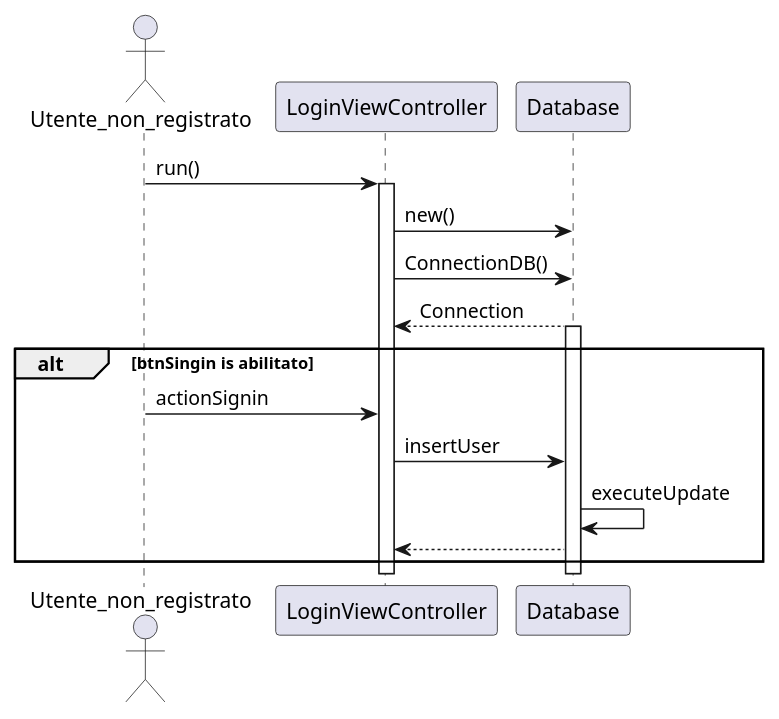
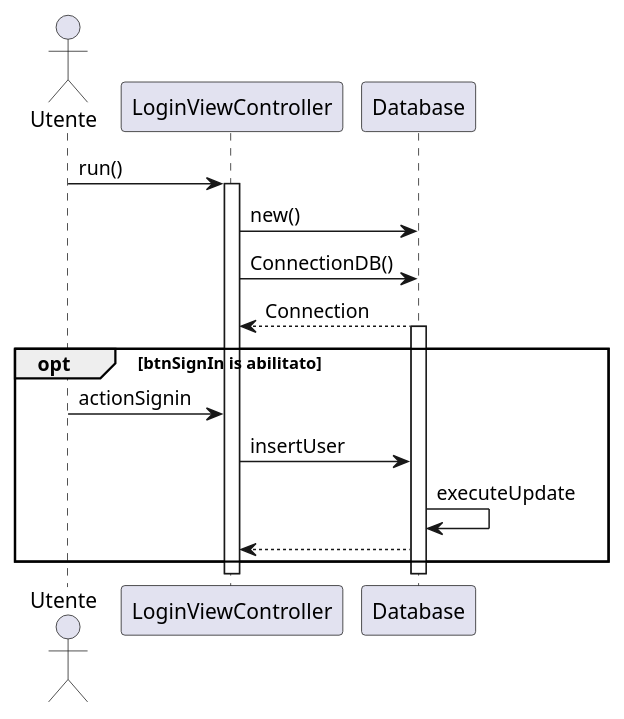
The diagram in src/main/resources/SequenceDiagrams/SequenceDiagram_Registrazione.puml (CupoMeridio/Ingegneria-del-software-2024-2025), drawn with PlantUML before and after one commit. The commit also changed 3 other files, not shown here.

```diff
--- a/src/main/resources/SequenceDiagrams/SequenceDiagram_Registrazione.puml
+++ b/src/main/resources/SequenceDiagrams/SequenceDiagram_Registrazione.puml
@@ -1,23 +1,23 @@
 @startuml
-actor Utente_non_registrato
+actor Utente
 participant LoginViewController
 participant  Database
 
-Utente_non_registrato->LoginViewController:run()
+Utente->LoginViewController:run()
 activate LoginViewController
 LoginViewController -> Database: new()
 LoginViewController -> Database: ConnectionDB()
 Database --> LoginViewController: Connection
 
 activate Database
-alt btnSingin is abilitato
-Utente_non_registrato->LoginViewController:actionSignin
+opt btnSignIn is abilitato
+Utente->LoginViewController:actionSignin
 LoginViewController -> Database: insertUser 
 
 
  Database -> Database: executeUpdate
 
 Database --> LoginViewController
 end
 
 @enduml
```
